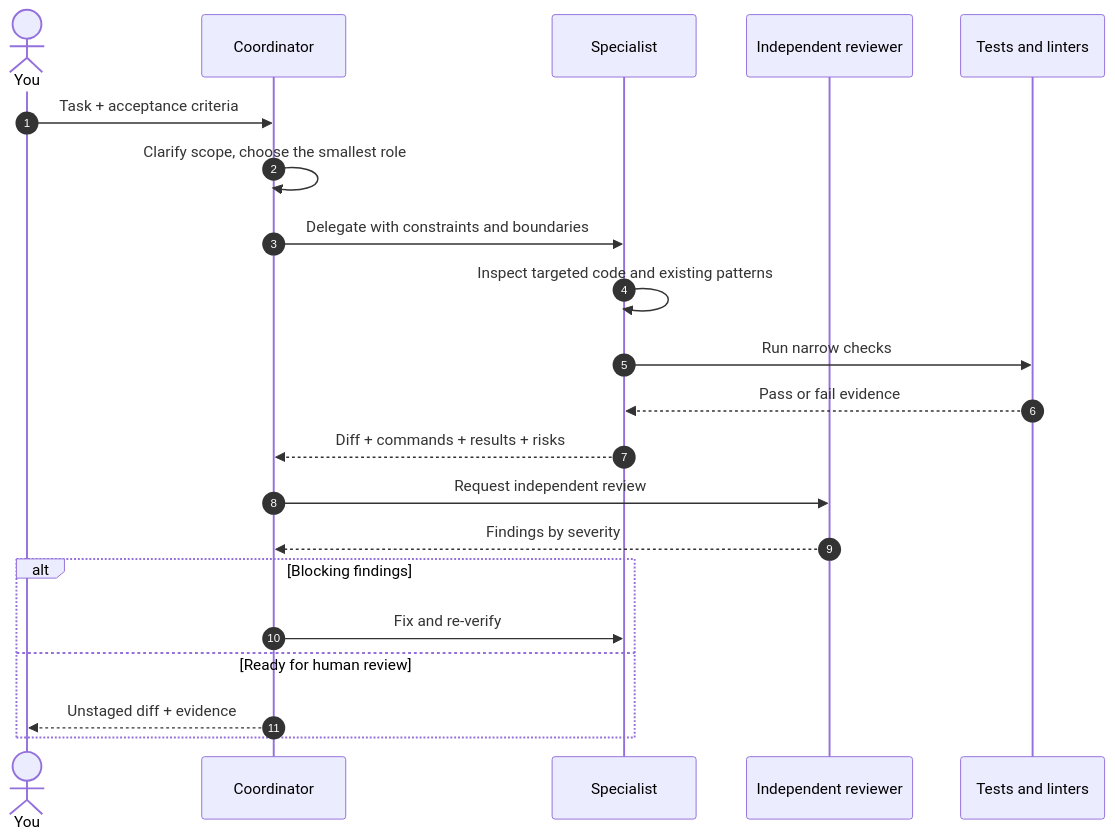
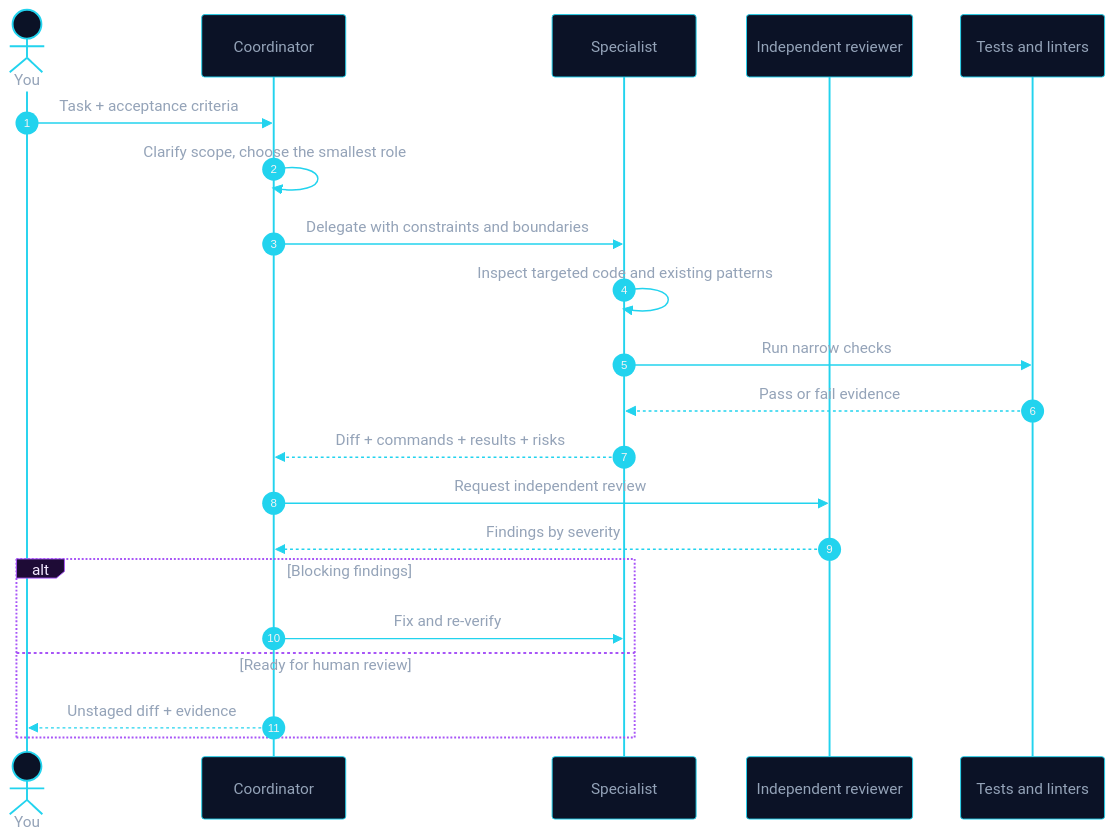
The fifth of 6 diagrams in README.md (GabrielAlmeidaFlores/OPENCODE-TOOL-ENHANCER), drawn with Mermaid before and after one commit. The commit also changed other lines of this file and 1 other file, not shown here.

Commit message:
docs: apply shared neon palette to all Mermaid diagrams

````diff
--- a/README.md
+++ b/README.md
@@ -376,24 +394,25 @@
 ```mermaid
+%%{init: {"theme":"base","themeVariables":{"actorBkg":"#0B1226","actorBorder":"#22D3EE","actorTextColor":"#94A3B8","signalColor":"#22D3EE","signalTextColor":"#94A3B8","labelBoxBkgColor":"#1E0B36","labelBoxBorderColor":"#A855F7","labelTextColor":"#F3E8FF","loopTextColor":"#94A3B8","noteBkgColor":"#2A0A1A","noteBorderColor":"#F472B6","noteTextColor":"#FCE7F3","activationBkgColor":"#1E0B36","activationBorderColor":"#A855F7"}}}%%
 sequenceDiagram
     autonumber
     actor H as You
     participant C as Coordinator
     participant S as Specialist
     participant R as Independent reviewer
     participant T as Tests and linters
 
     H->>C: Task + acceptance criteria
     C->>C: Clarify scope, choose the smallest role
     C->>S: Delegate with constraints and boundaries
     S->>S: Inspect targeted code and existing patterns
     S->>T: Run narrow checks
     T-->>S: Pass or fail evidence
     S-->>C: Diff + commands + results + risks
     C->>R: Request independent review
     R-->>C: Findings by severity
     alt Blocking findings
         C->>S: Fix and re-verify
     else Ready for human review
         C-->>H: Unstaged diff + evidence
     end
 ```
````
